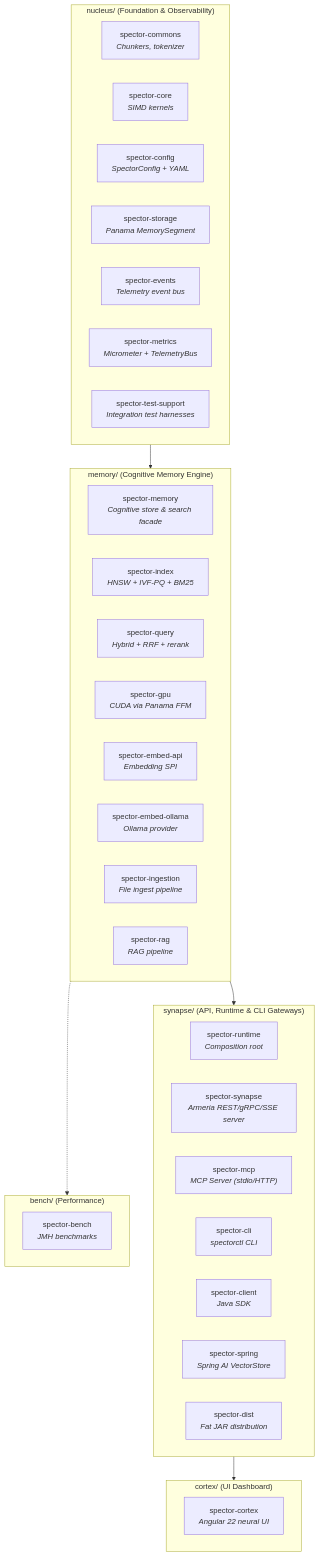
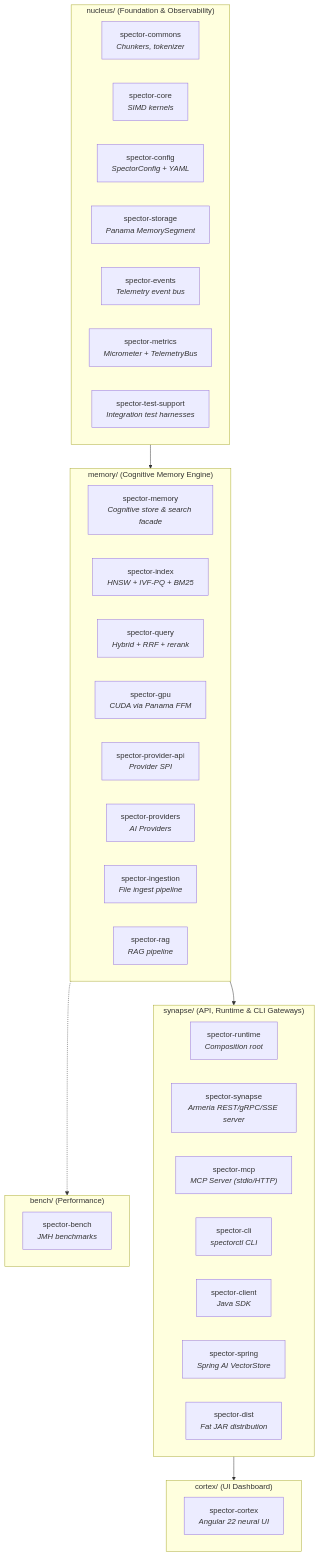
The first of 3 diagrams in docs/docs/modules/index.md (spectrayan/spector), drawn with Mermaid before and after one commit. The commit also changed other lines of this file and 41 other files, not shown here.

````diff
--- a/docs/docs/modules/index.md
+++ b/docs/docs/modules/index.md
@@ -9,45 +9,45 @@
 ```mermaid
 graph TB
     subgraph nucleus["nucleus/ (Foundation & Observability)"]
         commons["spector-commons<br/><i>Chunkers, tokenizer</i>"]
         core["spector-core<br/><i>SIMD kernels</i>"]
         config["spector-config<br/><i>SpectorConfig + YAML</i>"]
         storage["spector-storage<br/><i>Panama MemorySegment</i>"]
         events["spector-events<br/><i>Telemetry event bus</i>"]
         metrics["spector-metrics<br/><i>Micrometer + TelemetryBus</i>"]
         testsupport["spector-test-support<br/><i>Integration test harnesses</i>"]
     end
 
     subgraph memory["memory/ (Cognitive Memory Engine)"]
         spectormemory["spector-memory<br/><i>Cognitive store & search facade</i>"]
         index["spector-index<br/><i>HNSW + IVF-PQ + BM25</i>"]
         query["spector-query<br/><i>Hybrid + RRF + rerank</i>"]
         gpu["spector-gpu<br/><i>CUDA via Panama FFM</i>"]
-        embedApi["spector-embed-api<br/><i>Embedding SPI</i>"]
-        embedOllama["spector-embed-ollama<br/><i>Ollama provider</i>"]
+        providerApi["spector-provider-api<br/><i>Provider SPI</i>"]
+        providers["spector-providers<br/><i>AI Providers</i>"]
         ingestion["spector-ingestion<br/><i>File ingest pipeline</i>"]
         rag["spector-rag<br/><i>RAG pipeline</i>"]
     end
 
     subgraph synapse["synapse/ (API, Runtime & CLI Gateways)"]
         runtime["spector-runtime<br/><i>Composition root</i>"]
         synapseapp["spector-synapse<br/><i>Armeria REST/gRPC/SSE server</i>"]
         mcp["spector-mcp<br/><i>MCP Server (stdio/HTTP)</i>"]
         cli["spector-cli<br/><i>spectorctl CLI</i>"]
         client["spector-client<br/><i>Java SDK</i>"]
         spring["spector-spring<br/><i>Spring AI VectorStore</i>"]
         dist["spector-dist<br/><i>Fat JAR distribution</i>"]
     end
 
     subgraph cortex["cortex/ (UI Dashboard)"]
         spectorcortex["spector-cortex<br/><i>Angular 22 neural UI</i>"]
     end
 
     subgraph bench["bench/ (Performance)"]
         spectorbench["spector-bench<br/><i>JMH benchmarks</i>"]
     end
 
     nucleus --> memory --> synapse
     synapse --> cortex
     memory -.-> bench
 ```
````
